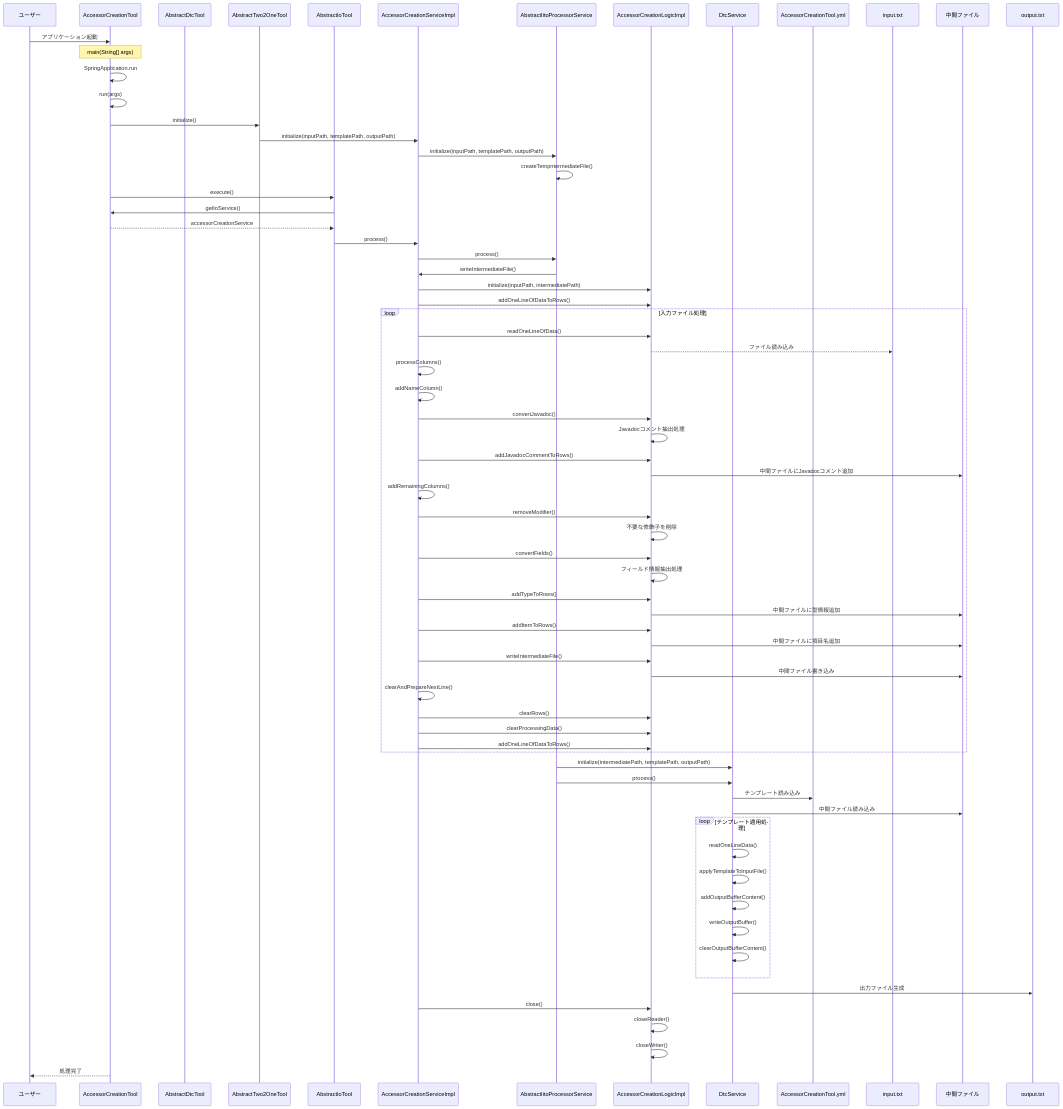
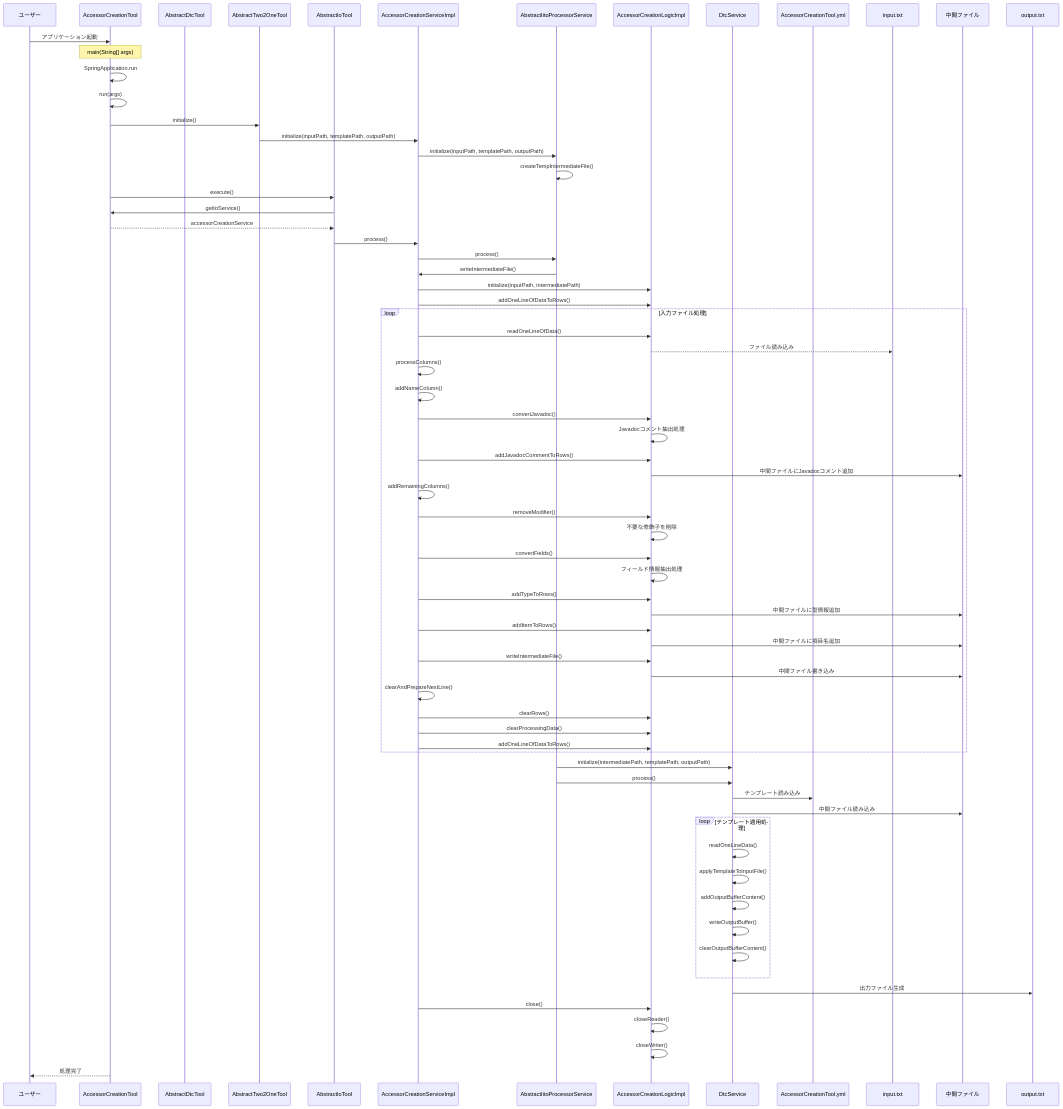
Before and after one commit to KenichiroArai/kmg-tool-base: the second of 2 diagrams in docs/設計書/アクセサ作成ツールの設計図.md, drawn with Mermaid. The commit also changed 118 other files, not shown here.

First line of the commit message:
#175 coderabbitaiの指摘修正。Javadocを更新し、複数のファイルにわたるメソッド名の誤字を修正しました。設計ドキュメント、サービス実装、テストにおいて、「createTempntermediateFile」を「createTempIntermediateFile」に修正しました。ドキュメント内の様々なパッケージに新しいJavadocファイルを追加しました。これにより、コードベースの明確さと一貫性が向上します。

```diff
--- a/docs/設計書/アクセサ作成ツールの設計図.md
+++ b/docs/設計書/アクセサ作成ツールの設計図.md
@@ -211,7 +211,7 @@
     ACT->>AT2OT: initialize()
     AT2OT->>ACService: initialize(inputPath, templatePath, outputPath)
     ACService->>AIPS: initialize(inputPath, templatePath, outputPath)
-    AIPS->>AIPS: createTempntermediateFile()
+    AIPS->>AIPS: createTempIntermediateFile()
 
     ACT->>AIT: execute()
     AIT->>ACT: getIoService()
```
